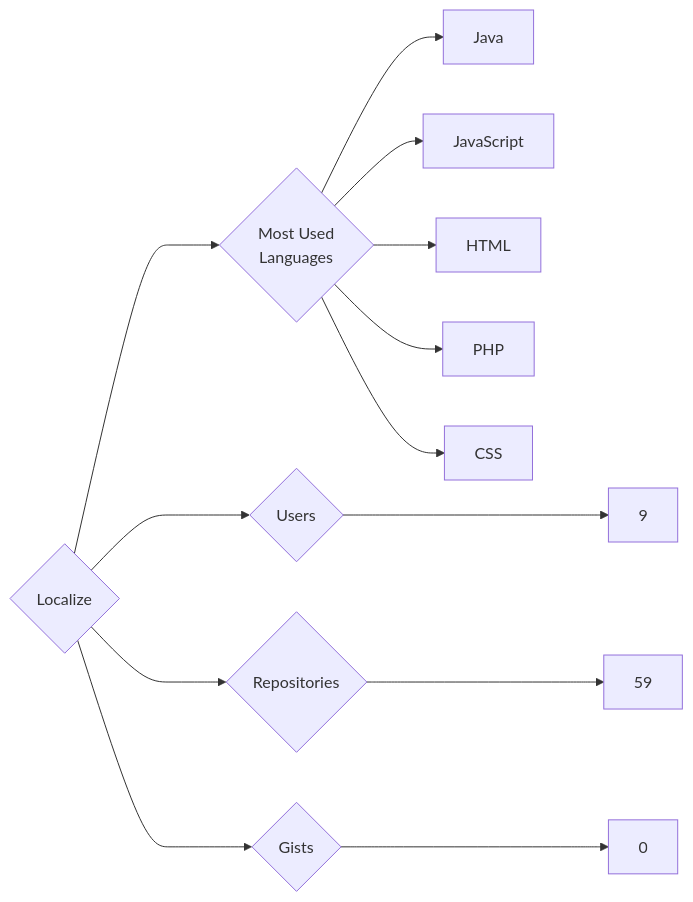
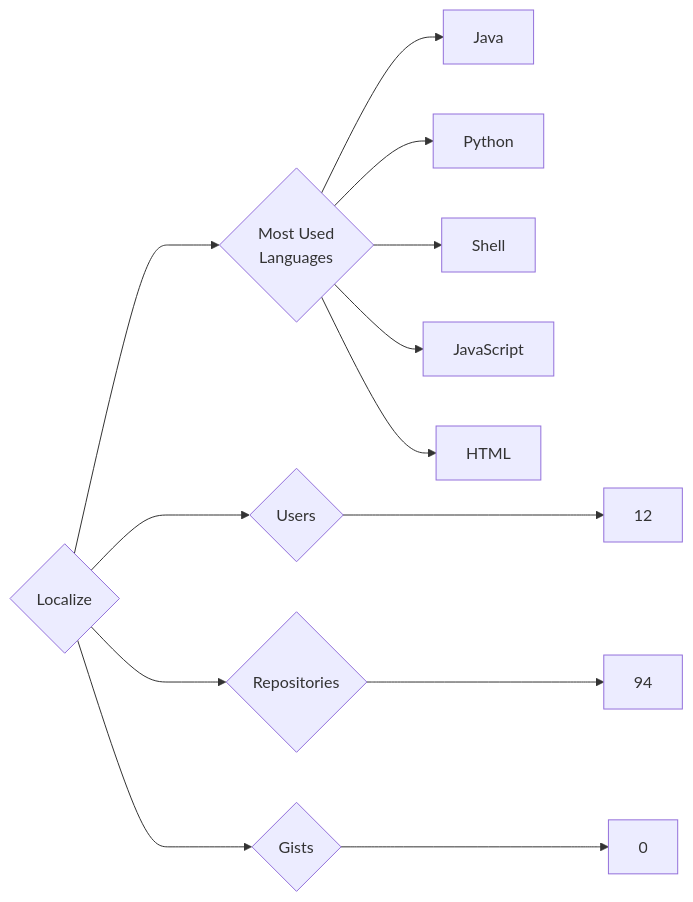
Before and after one commit to trickest/insiders: the diagram in targets/Localize/README.md, drawn with Mermaid. The commit also changed 965 other files, not shown here.

````diff
--- a/targets/Localize/README.md
+++ b/targets/Localize/README.md
@@ -3,13 +3,13 @@
 ```mermaid
 graph LR
 COMPANY_NAME{Localize}
-COMPANY_NAME ---> U{Users} ---> UN[9]
-COMPANY_NAME ---> R{Repositories} ---> RN[59]
+COMPANY_NAME ---> U{Users} ---> UN[12]
+COMPANY_NAME ---> R{Repositories} ---> RN[94]
 COMPANY_NAME ---> G{Gists} ---> GN[0]
 COMPANY_NAME ---> ML{Most Used<br>Languages}
 ML --> Java[Java]
+ML --> Python[Python]
+ML --> Shell[Shell]
 ML --> JavaScript[JavaScript]
 ML --> HTML[HTML]
-ML --> PHP[PHP]
-ML --> CSS[CSS]
 ```
````
